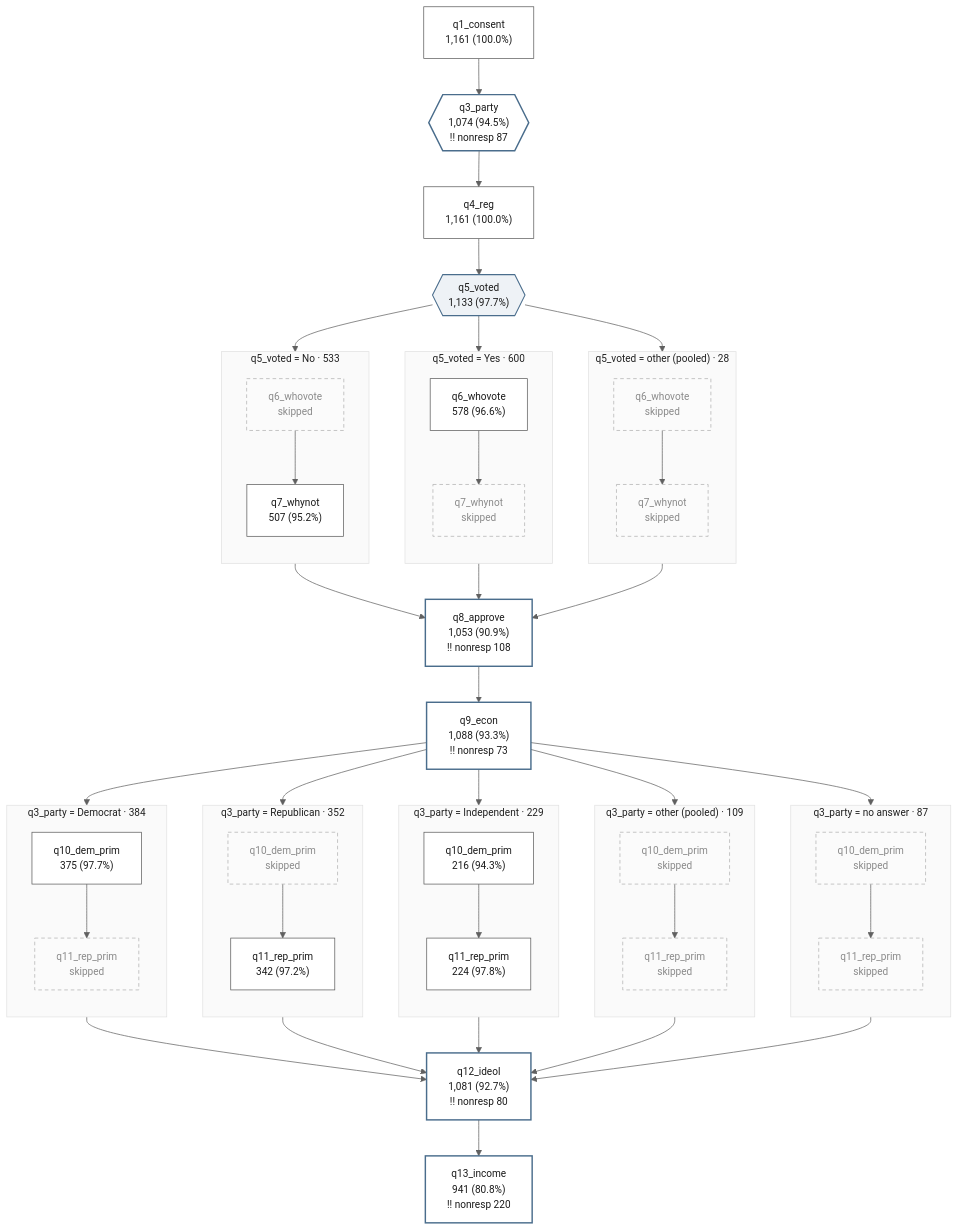
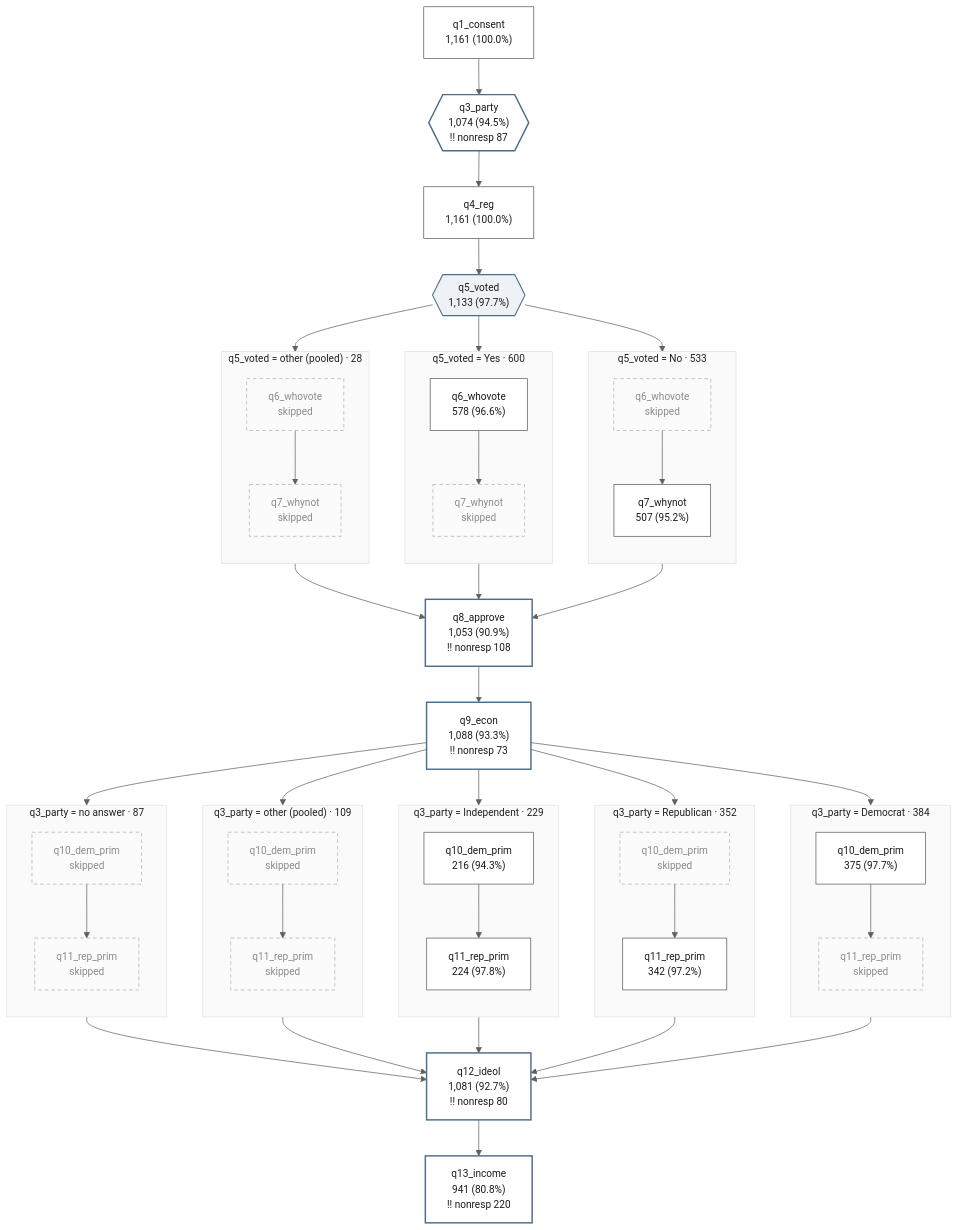
One commit to ericabooth/surveymap-stata-public changed the diagram in gallery/g_map_vertical.mmd. Above: the diagram before and after it, drawn with Mermaid. The commit also changed 30 other files, not shown here.

```diff
--- a/gallery/g_map_vertical.mmd
+++ b/gallery/g_map_vertical.mmd
@@ -1,91 +1,91 @@
 %%{init: {'theme':'base','themeVariables':{'fontFamily':'Helvetica, Arial, sans-serif','fontSize':'14px','primaryColor':'#ffffff','primaryTextColor':'#202020','primaryBorderColor':'#606060','lineColor':'#606060','secondaryColor':'#f4f4f4','tertiaryColor':'#fafafa','edgeLabelBackground':'#ffffff','titleColor':'#202020'}}}%%
-%% surveymap _sm_rendertext 0.1.0 - journal g_branched.tsv - rendered 24 Aug 2026 03:44:45 - Stata 19.5 MP
+%% surveymap _sm_rendertext 0.1.0 - journal g_branched.tsv - rendered 24 Aug 2026 03:53:17 - Stata 19.5 MP
 flowchart TB
   accTitle: surveymap flow of g_branched.tsv
   accDescr {
     1,161 respondents, 12 items, 2 gates. Items run top to bottom in questionnaire order; a gate fans the sample into lanes that rejoin the spine at the end of its segment. A dashed node is a cell the lane was routed around. Two exclamation marks flag a warning. Counts are unweighted and percentages are weighted.
   }
   classDef default fill:#ffffff,stroke:#5a5a5a,color:#1a1a1a,stroke-width:1px;
   classDef smghost fill:#fbfbfb,stroke:#b0b0b0,stroke-dasharray: 5 4,color:#8a8a8a,stroke-width:1px;
   classDef smwarn fill:#ffffff,stroke:#4a6d8c,stroke-width:2px,color:#1a1a1a;
   classDef smgate fill:#eef2f6,stroke:#4a6d8c,stroke-width:1.5px,color:#1a1a1a;
   n1["q1_consent<br/>1,161 (100.0%)"]
   n2{{"q3_party<br/>1,074 (94.5%)<br/>!! nonresp 87"}}
   n3["q4_reg<br/>1,161 (100.0%)"]
   n4{{"q5_voted<br/>1,133 (97.7%)"}}
-  subgraph SG4x3["q5_voted = other (pooled) · 28"]
+  subgraph SG4x1["q5_voted = No · 533"]
     direction TB
-  n5v3["q6_whovote<br/>skipped"]
-  n6v3["q7_whynot<br/>skipped"]
+  n5v1["q6_whovote<br/>skipped"]
+  n6v1["q7_whynot<br/>507 (95.2%)"]
   end
   subgraph SG4x2["q5_voted = Yes · 600"]
     direction TB
   n5v2["q6_whovote<br/>578 (96.6%)"]
   n6v2["q7_whynot<br/>skipped"]
   end
-  subgraph SG4x1["q5_voted = No · 533"]
+  subgraph SG4x3["q5_voted = other (pooled) · 28"]
     direction TB
-  n5v1["q6_whovote<br/>skipped"]
-  n6v1["q7_whynot<br/>507 (95.2%)"]
+  n5v3["q6_whovote<br/>skipped"]
+  n6v3["q7_whynot<br/>skipped"]
   end
   n7["q8_approve<br/>1,053 (90.9%)<br/>!! nonresp 108"]
   n8["q9_econ<br/>1,088 (93.3%)<br/>!! nonresp 73"]
-  subgraph SG2x5["q3_party = no answer · 87"]
+  subgraph SG2x1["q3_party = Democrat · 384"]
     direction TB
-  n9v5["q10_dem_prim<br/>skipped"]
-  n10v5["q11_rep_prim<br/>skipped"]
+  n9v1["q10_dem_prim<br/>375 (97.7%)"]
+  n10v1["q11_rep_prim<br/>skipped"]
+  end
+  subgraph SG2x2["q3_party = Republican · 352"]
+    direction TB
+  n9v2["q10_dem_prim<br/>skipped"]
+  n10v2["q11_rep_prim<br/>342 (97.2%)"]
+  end
+  subgraph SG2x3["q3_party = Independent · 229"]
+    direction TB
+  n9v3["q10_dem_prim<br/>216 (94.3%)"]
+  n10v3["q11_rep_prim<br/>224 (97.8%)"]
   end
   subgraph SG2x4["q3_party = other (pooled) · 109"]
     direction TB
   n9v4["q10_dem_prim<br/>skipped"]
   n10v4["q11_rep_prim<br/>skipped"]
   end
-  subgraph SG2x3["q3_party = Independent · 229"]
+  subgraph SG2x5["q3_party = no answer · 87"]
     direction TB
-  n9v3["q10_dem_prim<br/>216 (94.3%)"]
-  n10v3["q11_rep_prim<br/>224 (97.8%)"]
-  end
-  subgraph SG2x2["q3_party = Republican · 352"]
-    direction TB
-  n9v2["q10_dem_prim<br/>skipped"]
-  n10v2["q11_rep_prim<br/>342 (97.2%)"]
-  end
-  subgraph SG2x1["q3_party = Democrat · 384"]
-    direction TB
-  n9v1["q10_dem_prim<br/>375 (97.7%)"]
-  n10v1["q11_rep_prim<br/>skipped"]
+  n9v5["q10_dem_prim<br/>skipped"]
+  n10v5["q11_rep_prim<br/>skipped"]
   end
   n11["q12_ideol<br/>1,081 (92.7%)<br/>!! nonresp 80"]
   n12["q13_income<br/>941 (80.8%)<br/>!! nonresp 220"]
   n1 --> n2
   n2 --> n3
   n3 --> n4
+  n4 --> n5v1
+  n5v1 --> n6v1
+  n6v1 --> n7
+  n4 --> n5v2
+  n5v2 --> n6v2
+  n6v2 --> n7
   n4 --> n5v3
   n5v3 --> n6v3
   n6v3 --> n7
-  n4 --> n5v2
-  n5v2 --> n6v2
-  n6v2 --> n7
-  n4 --> n5v1
-  n5v1 --> n6v1
-  n6v1 --> n7
   n7 --> n8
+  n8 --> n9v1
+  n9v1 --> n10v1
+  n10v1 --> n11
+  n8 --> n9v2
+  n9v2 --> n10v2
+  n10v2 --> n11
+  n8 --> n9v3
+  n9v3 --> n10v3
+  n10v3 --> n11
+  n8 --> n9v4
+  n9v4 --> n10v4
+  n10v4 --> n11
   n8 --> n9v5
   n9v5 --> n10v5
   n10v5 --> n11
-  n8 --> n9v4
-  n9v4 --> n10v4
-  n10v4 --> n11
-  n8 --> n9v3
-  n9v3 --> n10v3
-  n10v3 --> n11
-  n8 --> n9v2
-  n9v2 --> n10v2
-  n10v2 --> n11
-  n8 --> n9v1
-  n9v1 --> n10v1
-  n10v1 --> n11
   n11 --> n12
   class n4 smgate;
-  class n5v3,n6v3,n6v2,n5v1,n9v5,n10v5,n9v4,n10v4,n9v2,n10v1 smghost;
+  class n5v1,n6v2,n5v3,n6v3,n10v1,n9v2,n9v4,n10v4,n9v5,n10v5 smghost;
   class n2,n7,n8,n11,n12 smwarn;
```
